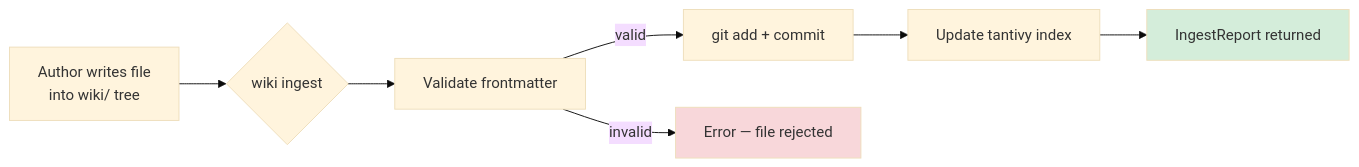
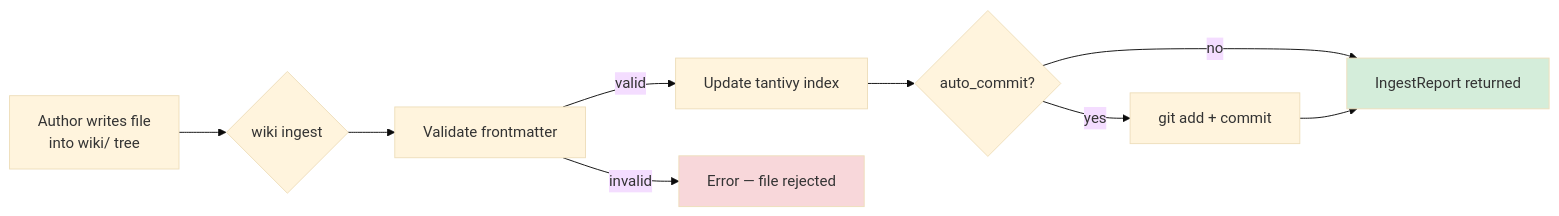
The third of 7 diagrams in docs/diagrams.md (geronimo-iia/llm-wiki), drawn with Mermaid (base theme) before and after one commit. The commit also changed other lines of this file and 32 other files, not shown here.

Commit message:
feat: ingest auto-commit — new/lint never commit, explicit llm-wiki commit command, ingest.auto_commit config flag

````diff
--- a/docs/diagrams.md
+++ b/docs/diagrams.md
@@ -84,12 +84,14 @@
 ```mermaid
 flowchart LR
     A[Author writes file\ninto wiki/ tree] --> B{wiki ingest}
     B --> C[Validate frontmatter]
-    C -->|valid| D[git add + commit]
+    C -->|valid| D[Update tantivy index]
     C -->|invalid| E[Error — file rejected]
-    D --> F[Update tantivy index]
-    F --> G[IngestReport returned]
+    D --> F{auto_commit?}
+    F -->|yes| G[git add + commit]
+    F -->|no| H[IngestReport returned]
+    G --> H
 
     style E fill:#f8d7da
-    style G fill:#d4edda
+    style H fill:#d4edda
 ```
````
